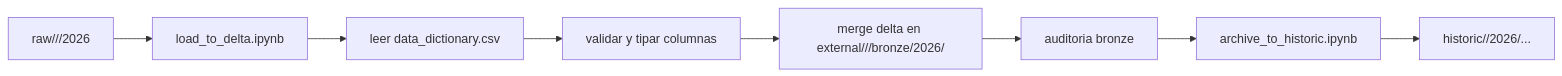
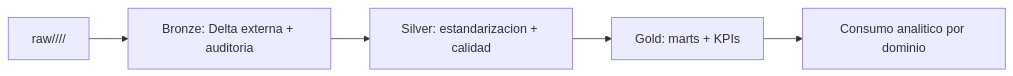
The diagram in README.md (srinconr-Crea/Naturapet_DLH), drawn with Mermaid before and after one commit. The commit also changed other lines of this file, not shown here.

````diff
--- a/README.md
+++ b/README.md
@@ -121,10 +27,7 @@
 ```mermaid
 flowchart LR
-    A["raw/<env>/<area>/2026"] --> B["load_to_delta.ipynb"]
-    B --> C["leer data_dictionary.csv"]
-    C --> D["validar y tipar columnas"]
-    D --> E["merge delta en external/<env>/<area>/bronze/2026/<tabla>"]
-    E --> F["auditoria bronze"]
-    F --> G["archive_to_historic.ipynb"]
-    G --> H["historic/<area>/2026/..."]
+    A["raw/<env>/<dominio>/<anio>/<mes>"] --> B["Bronze: Delta externa + auditoria"]
+    B --> C["Silver: estandarizacion + calidad"]
+    C --> D["Gold: marts + KPIs"]
+    D --> E["Consumo analitico por dominio"]
 ```
````
